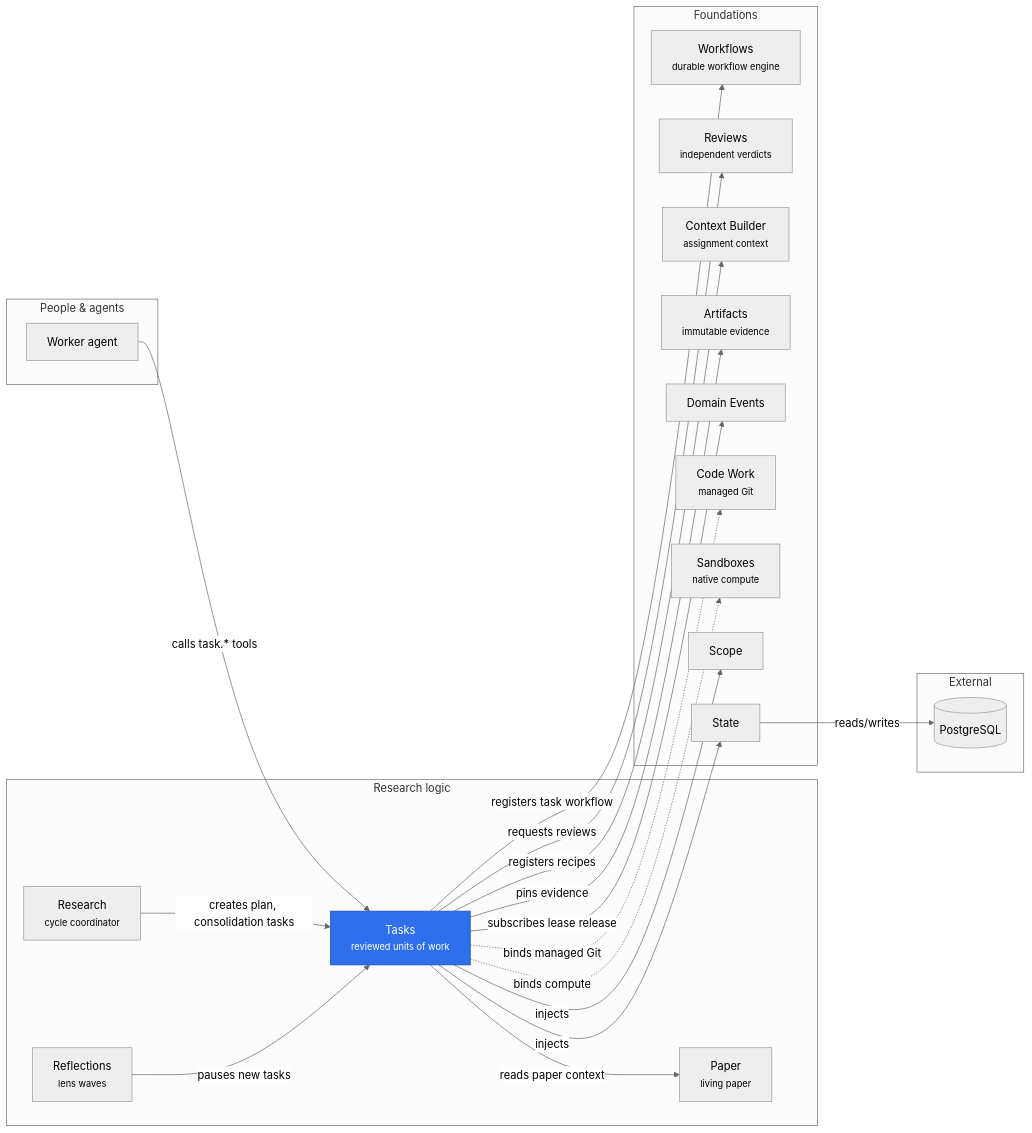
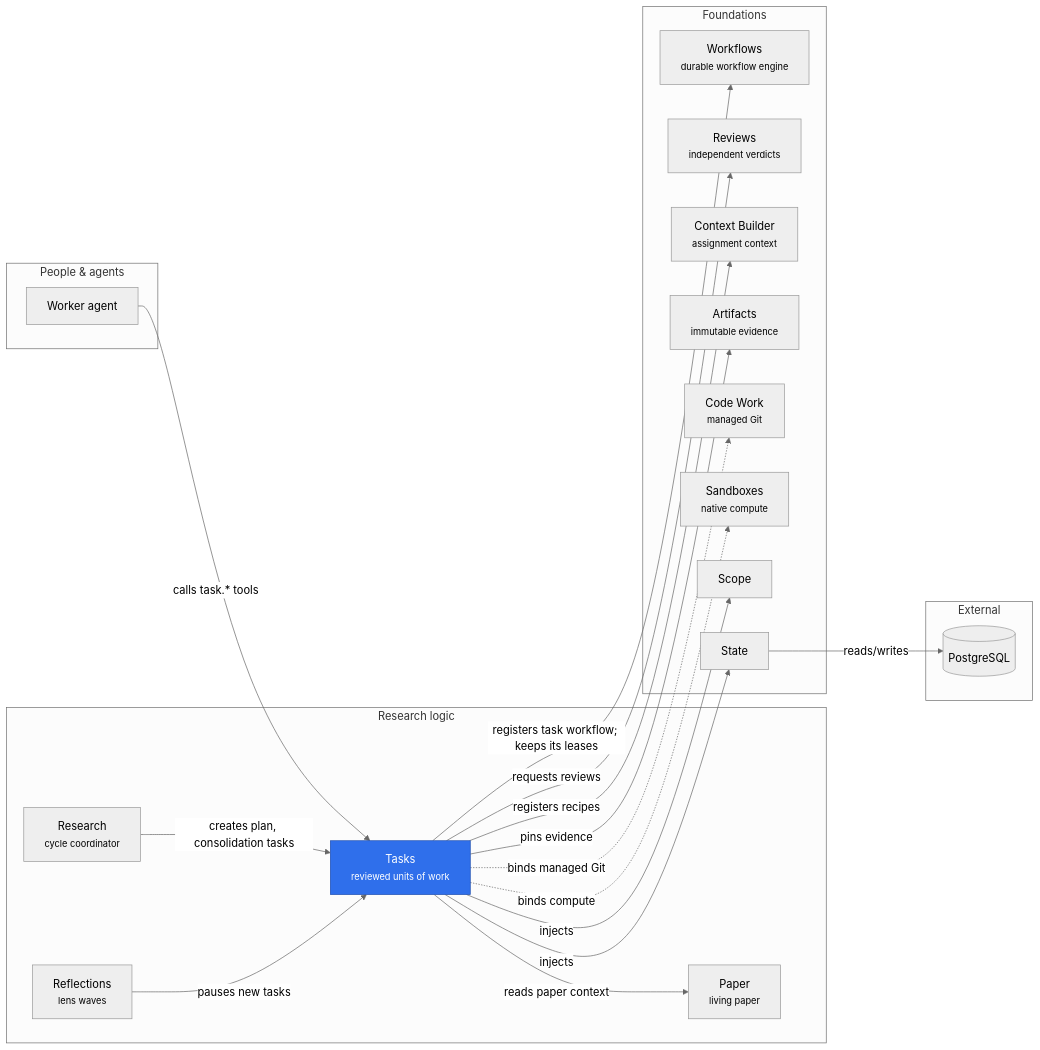
One commit to rapidreview-io/Merv changed the diagram in merv-typescript/packages/tasks/README.md. Above: the diagram before and after it, drawn with Mermaid (neutral theme). The commit also changed 37 other files, not shown here.

First line of the commit message:
Keep every leased step's lease in one Workflows table

````diff
--- a/merv-typescript/packages/tasks/README.md
+++ b/merv-typescript/packages/tasks/README.md
@@ -7,42 +7,40 @@
 ```mermaid
 flowchart LR
   subgraph people["People & agents"]
     worker["Worker agent"]
   end
   subgraph logic["Research logic"]
     tasks["Tasks<br/><small>reviewed units of work</small>"]
     research["Research<br/><small>cycle coordinator</small>"]
     reflections["Reflections<br/><small>lens waves</small>"]
     paper["Paper<br/><small>living paper</small>"]
   end
   subgraph foundations["Foundations"]
     workflows["Workflows<br/><small>durable workflow engine</small>"]
     reviews["Reviews<br/><small>independent verdicts</small>"]
     contextBuilder["Context Builder<br/><small>assignment context</small>"]
     artifacts["Artifacts<br/><small>immutable evidence</small>"]
-    domainEvents["Domain Events"]
     codeWork["Code Work<br/><small>managed Git</small>"]
     sandboxes["Sandboxes<br/><small>native compute</small>"]
     scope["Scope"]
     state["State"]
   end
   subgraph external["External"]
     postgres[("PostgreSQL")]
   end
   worker -- "calls task.* tools" --> tasks
   research -- "creates plan, consolidation tasks" --> tasks
   reflections -- "pauses new tasks" --> tasks
-  tasks -- "registers task workflow" --> workflows
+  tasks -- "registers task workflow; keeps its leases" --> workflows
   tasks -- "requests reviews" --> reviews
   tasks -- "registers recipes" --> contextBuilder
   tasks -- "reads paper context" --> paper
   tasks -- "pins evidence" --> artifacts
-  tasks -- "subscribes lease release" --> domainEvents
   tasks -. "binds managed Git" .-> codeWork
   tasks -. "binds compute" .-> sandboxes
   tasks -- "injects" --> scope
   tasks -- "injects" --> state
   state -- "reads/writes" --> postgres
   class tasks self
   classDef self fill:#2f6feb,color:#fff,stroke:#1f4fb0
 ```
````
